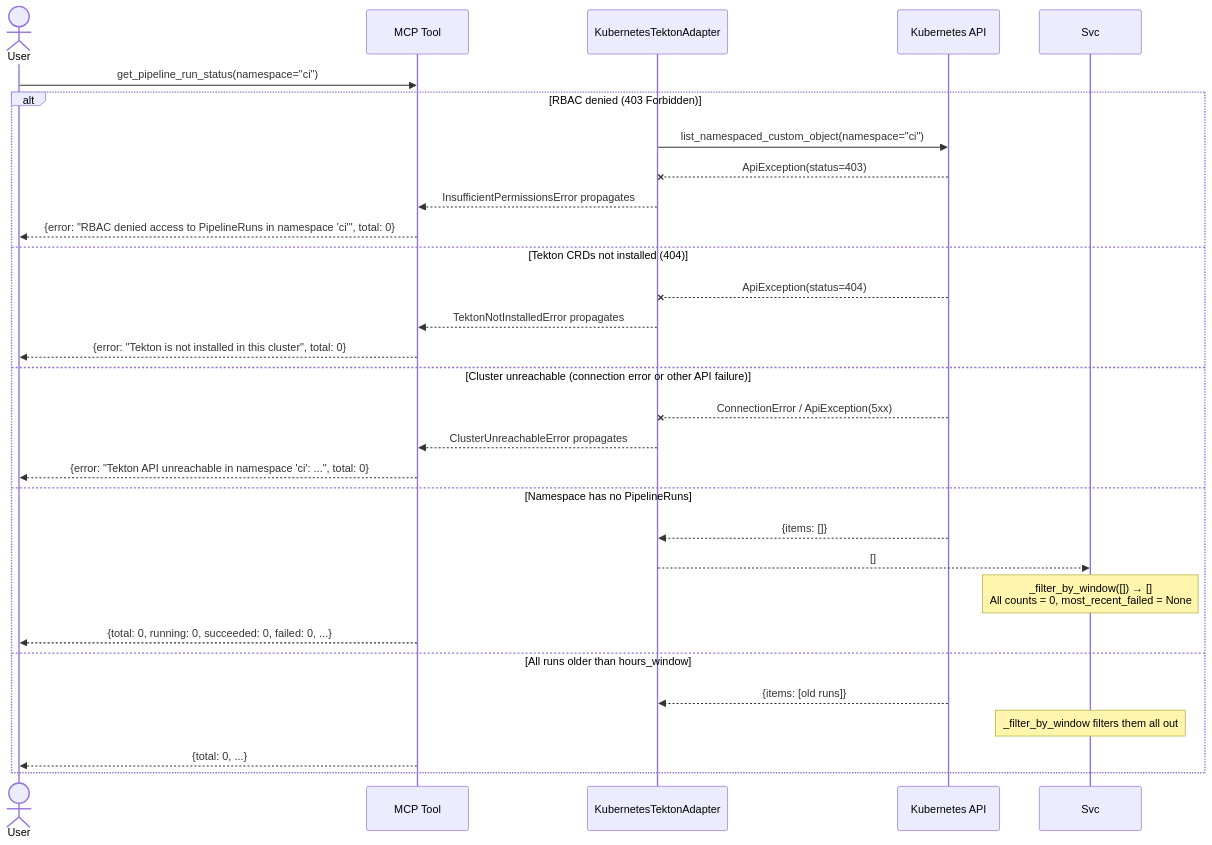
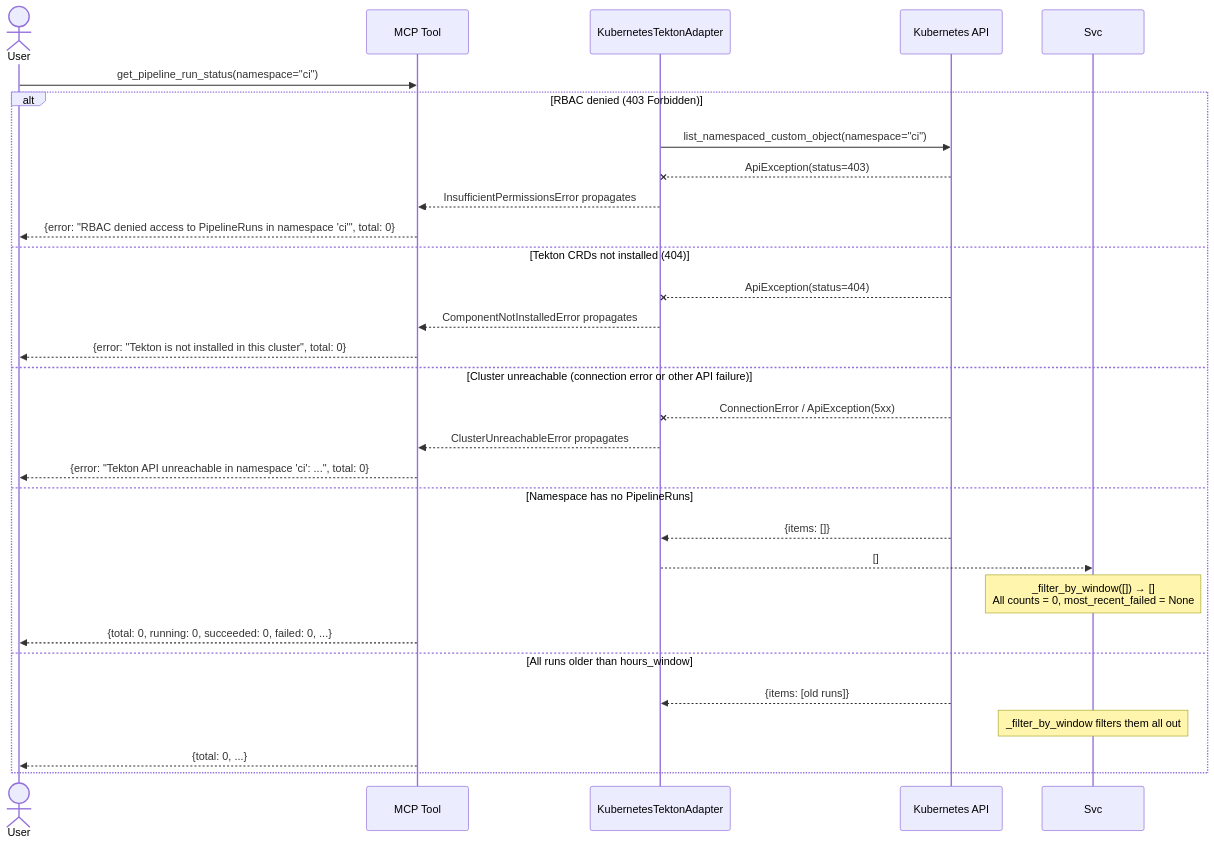
One commit to hexa-tools/hexawyn changed the second of 3 diagrams in docs/use-cases/18-get-pipeline-run-status.md. Above: the diagram before and after it, drawn with Mermaid. The commit also changed other lines of this file and 12 other files, not shown here.

````diff
--- a/docs/use-cases/18-get-pipeline-run-status.md
+++ b/docs/use-cases/18-get-pipeline-run-status.md
@@ -49,37 +49,37 @@
 ```mermaid
 sequenceDiagram
     actor User
     participant MCP as MCP Tool
     participant Adapter as KubernetesTektonAdapter
     participant K8s as Kubernetes API
 
     User->>MCP: get_pipeline_run_status(namespace="ci")
 
     alt RBAC denied (403 Forbidden)
         Adapter->>K8s: list_namespaced_custom_object(namespace="ci")
         K8s--xAdapter: ApiException(status=403)
         Adapter-->>MCP: InsufficientPermissionsError propagates
         MCP-->>User: {error: "RBAC denied access to PipelineRuns in namespace 'ci'", total: 0}
 
     else Tekton CRDs not installed (404)
         K8s--xAdapter: ApiException(status=404)
-        Adapter-->>MCP: TektonNotInstalledError propagates
+        Adapter-->>MCP: ComponentNotInstalledError propagates
         MCP-->>User: {error: "Tekton is not installed in this cluster", total: 0}
 
     else Cluster unreachable (connection error or other API failure)
         K8s--xAdapter: ConnectionError / ApiException(5xx)
         Adapter-->>MCP: ClusterUnreachableError propagates
         MCP-->>User: {error: "Tekton API unreachable in namespace 'ci': ...", total: 0}
 
     else Namespace has no PipelineRuns
         K8s-->>Adapter: {items: []}
         Adapter-->>Svc: []
         Note over Svc: _filter_by_window([]) → []<br/>All counts = 0, most_recent_failed = None
         MCP-->>User: {total: 0, running: 0, succeeded: 0, failed: 0, ...}
 
     else All runs older than hours_window
         K8s-->>Adapter: {items: [old runs]}
         Note over Svc: _filter_by_window filters them all out
         MCP-->>User: {total: 0, ...}
     end
 ```
````
